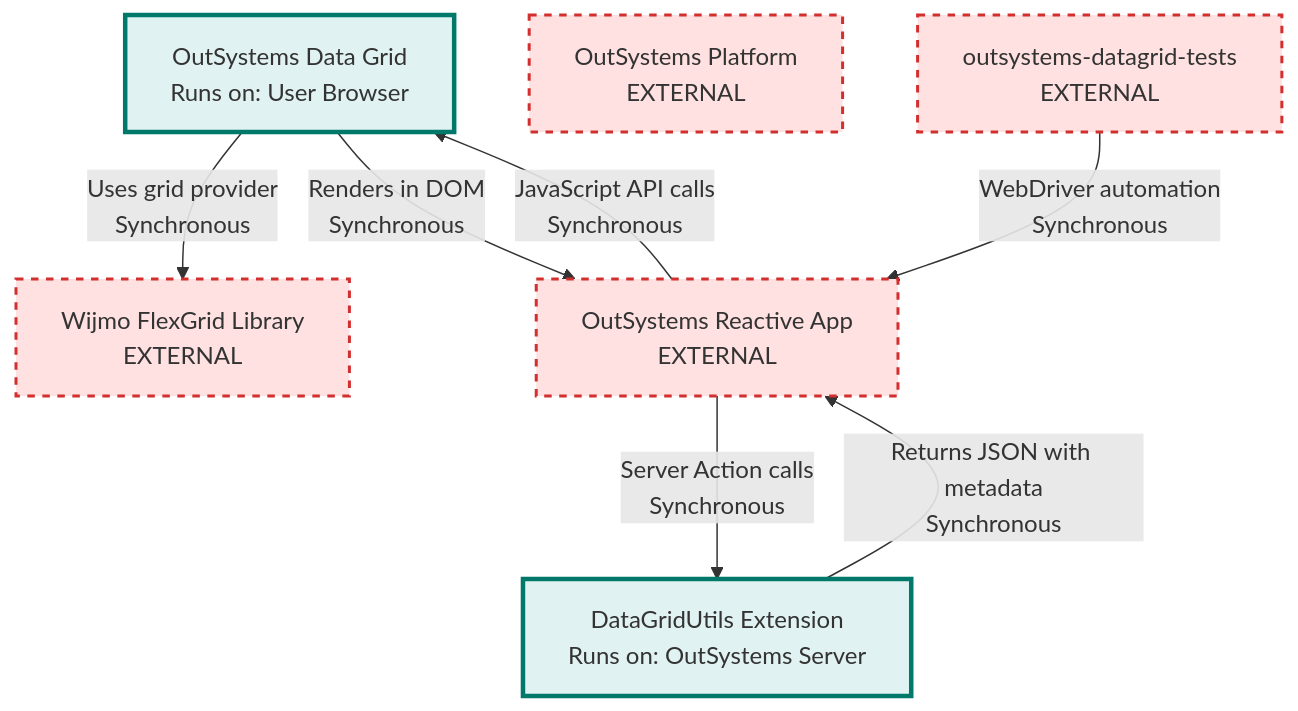
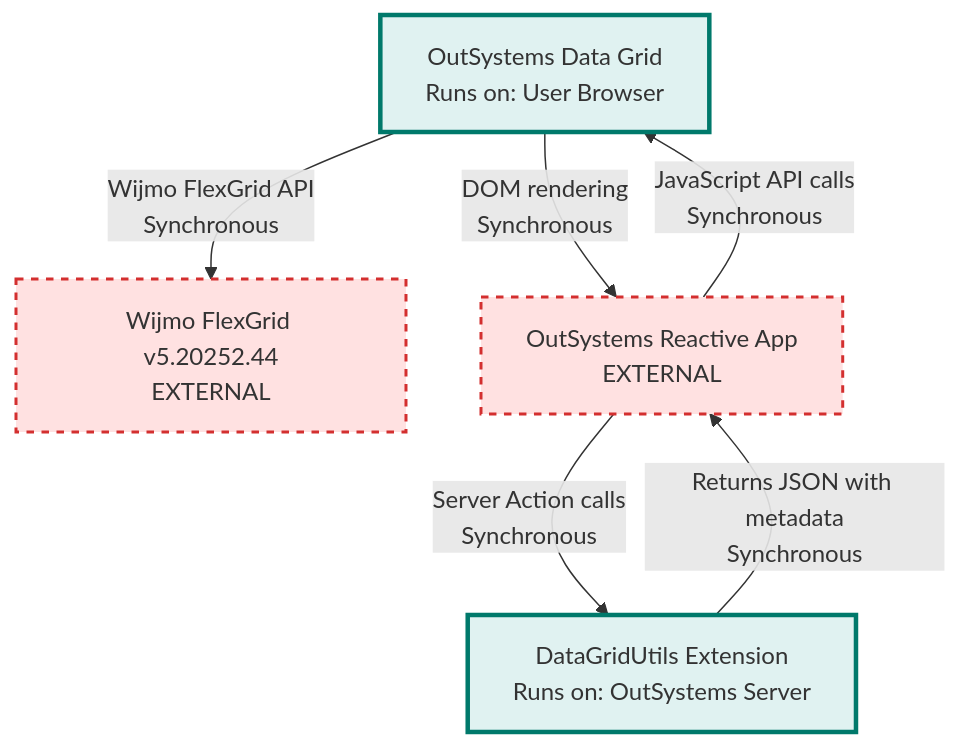
Before and after one commit to OutSystems/outsystems-datagrid: the diagram in ARCHITECTURE.md, drawn with Mermaid. The commit also changed other lines of this file and 3 other files, not shown here.

````diff
--- a/ARCHITECTURE.md
+++ b/ARCHITECTURE.md
@@ -13,27 +13,24 @@
 ```mermaid
 graph TB
     %% This repository components
     Browser["OutSystems Data Grid<br/>Runs on: User Browser"]
     Extension["DataGridUtils Extension<br/>Runs on: OutSystems Server"]
 
     %% External services
-    WijmoLib[Wijmo FlexGrid Library<br/>EXTERNAL]
-    OSPlatform[OutSystems Platform<br/>EXTERNAL]
+    WijmoLib[Wijmo FlexGrid v5.20252.44<br/>EXTERNAL]
     OSApp[OutSystems Reactive App<br/>EXTERNAL]
-    TestRepo[outsystems-datagrid-tests<br/>EXTERNAL]
 
     %% Communication flows
     OSApp -->|JavaScript API calls<br/>Synchronous| Browser
-    Browser -->|Uses grid provider<br/>Synchronous| WijmoLib
+    Browser -->|Wijmo FlexGrid API<br/>Synchronous| WijmoLib
     OSApp -->|Server Action calls<br/>Synchronous| Extension
     Extension -->|Returns JSON with metadata<br/>Synchronous| OSApp
-    Browser -->|Renders in DOM<br/>Synchronous| OSApp
-    TestRepo -->|WebDriver automation<br/>Synchronous| OSApp
+    Browser -->|DOM rendering<br/>Synchronous| OSApp
 
     %% Styling
     classDef thisRepo fill:#e0f2f1,stroke:#00796b,stroke-width:3px
     classDef external fill:#ffe1e1,stroke:#d32f2f,stroke-width:2px,stroke-dasharray: 5 5
 
     class Browser,Extension thisRepo
-    class WijmoLib,OSPlatform,OSApp,TestRepo external
+    class WijmoLib,OSApp external
 ```
````
